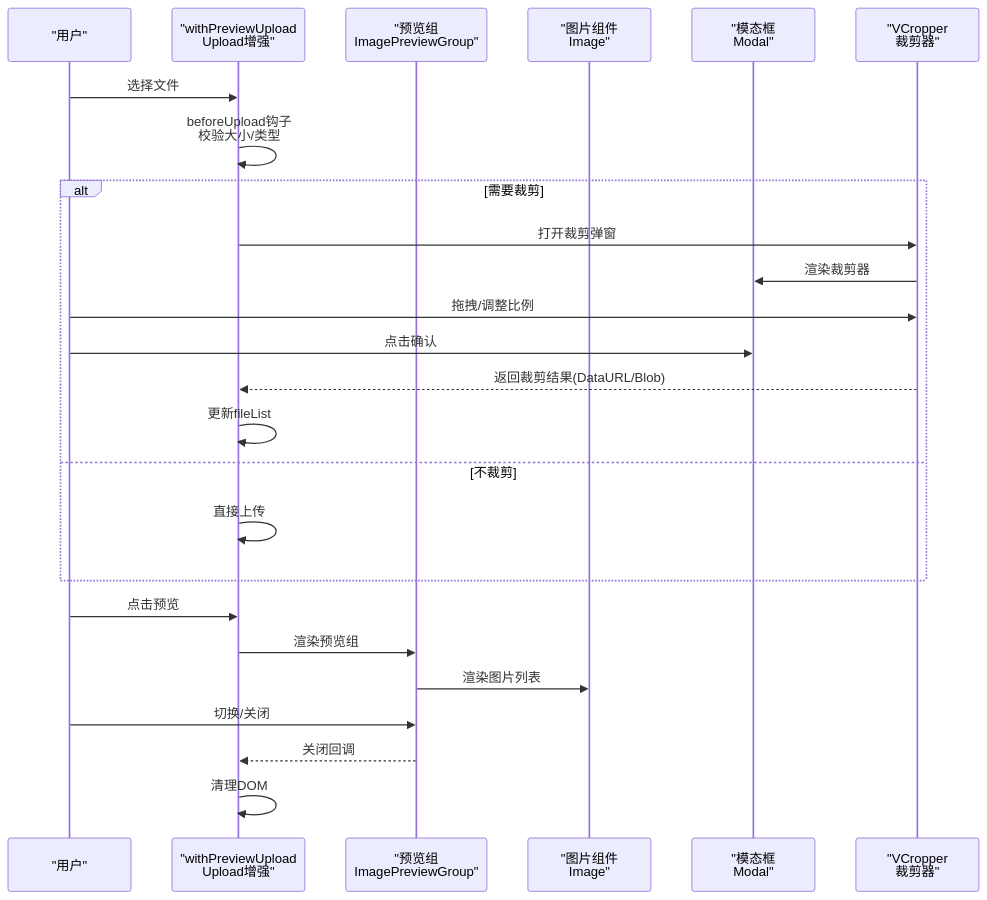
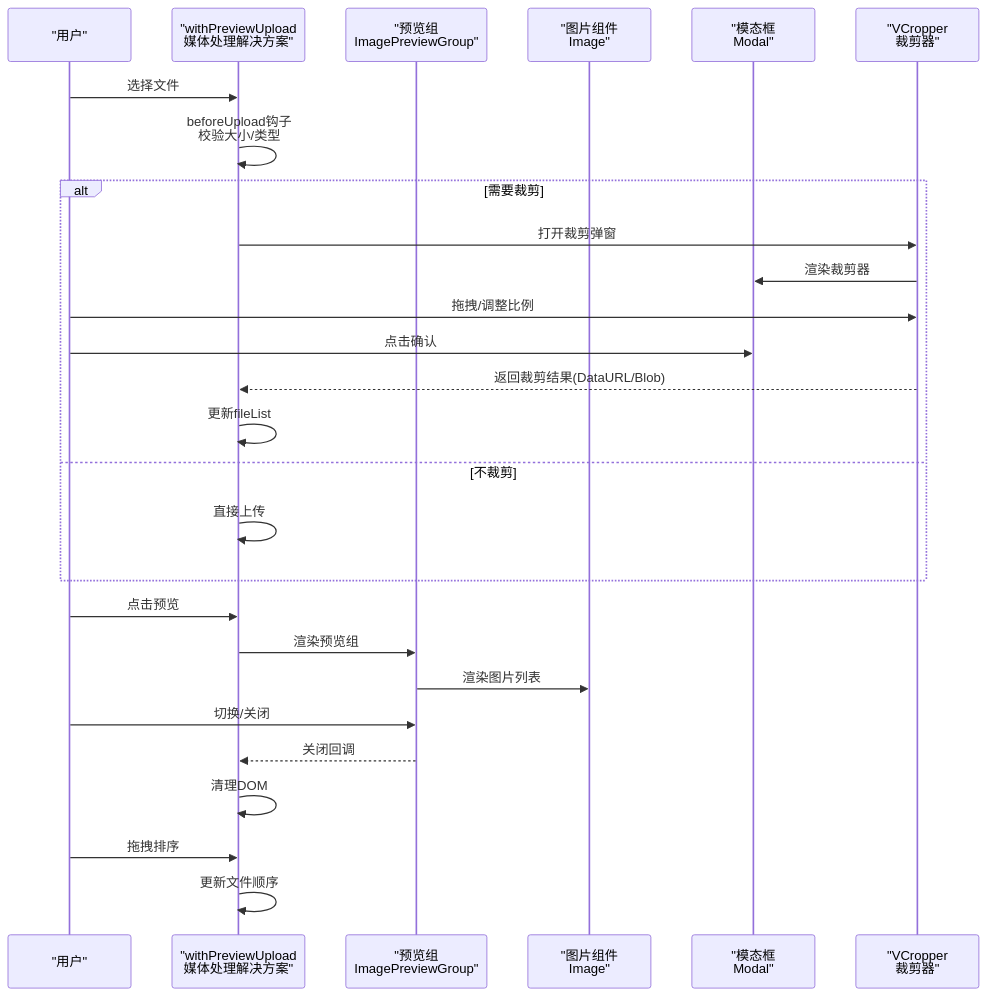
The second of 8 diagrams in .qoder/repowiki/zh/content/多框架支持/组件适配机制/上传预览功能.md (liuyinzhong/hive), drawn with Mermaid before and after one commit. The commit also changed other lines of this file and 8 other files, not shown here.

````diff
--- a/.qoder/repowiki/zh/content/多框架支持/组件适配机制/上传预览功能.md
+++ b/.qoder/repowiki/zh/content/多框架支持/组件适配机制/上传预览功能.md
@@ -85,27 +97,29 @@
 ```mermaid
 sequenceDiagram
 participant U as "用户"
-participant W as "withPreviewUpload<br/>Upload增强"
+participant W as "withPreviewUpload<br/>媒体处理解决方案"
 participant P as "预览组<br/>ImagePreviewGroup"
 participant I as "图片组件<br/>Image"
 participant M as "模态框<br/>Modal"
 participant C as "VCropper<br/>裁剪器"
 U->>W : 选择文件
 W->>W : beforeUpload钩子<br/>校验大小/类型
 alt 需要裁剪
 W->>C : 打开裁剪弹窗
 C->>M : 渲染裁剪器
 U->>C : 拖拽/调整比例
 U->>M : 点击确认
 C-->>W : 返回裁剪结果(DataURL/Blob)
 W->>W : 更新fileList
 else 不裁剪
 W->>W : 直接上传
 end
 U->>W : 点击预览
 W->>P : 渲染预览组
 P->>I : 渲染图片列表
 U->>P : 切换/关闭
 P-->>W : 关闭回调
 W->>W : 清理DOM
+U->>W : 拖拽排序
+W->>W : 更新文件顺序
 ```
````
